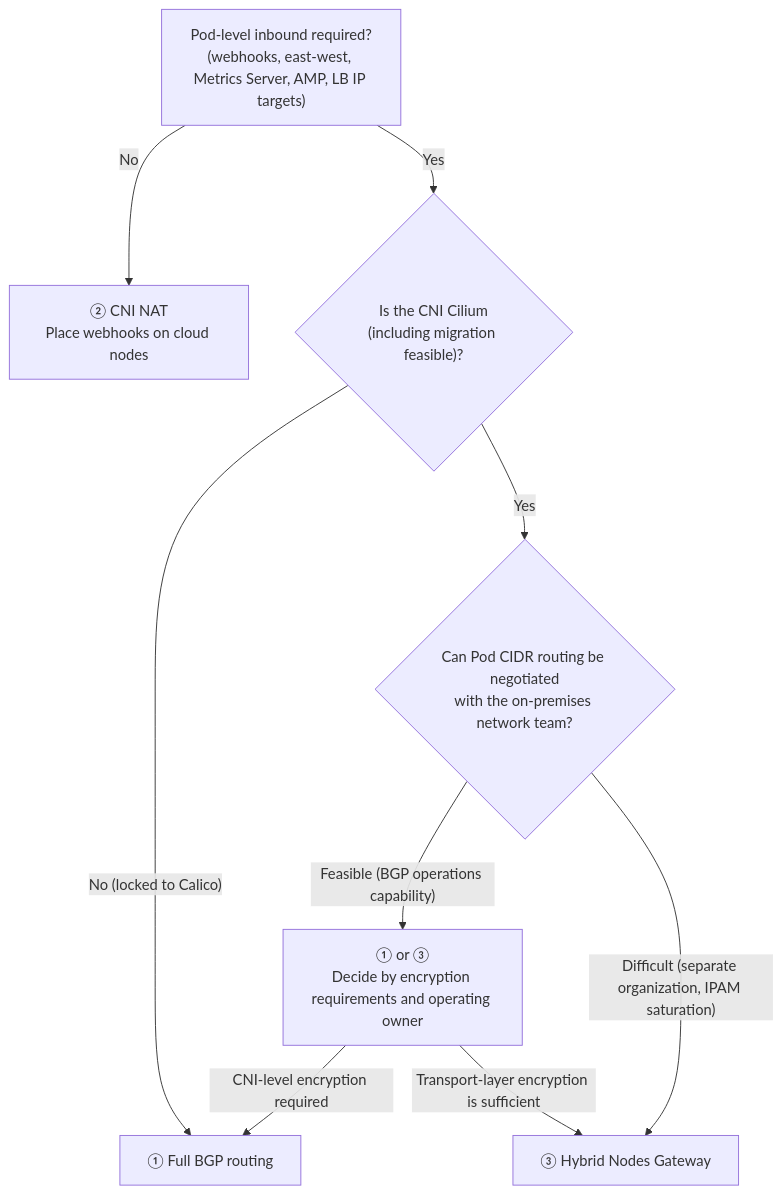
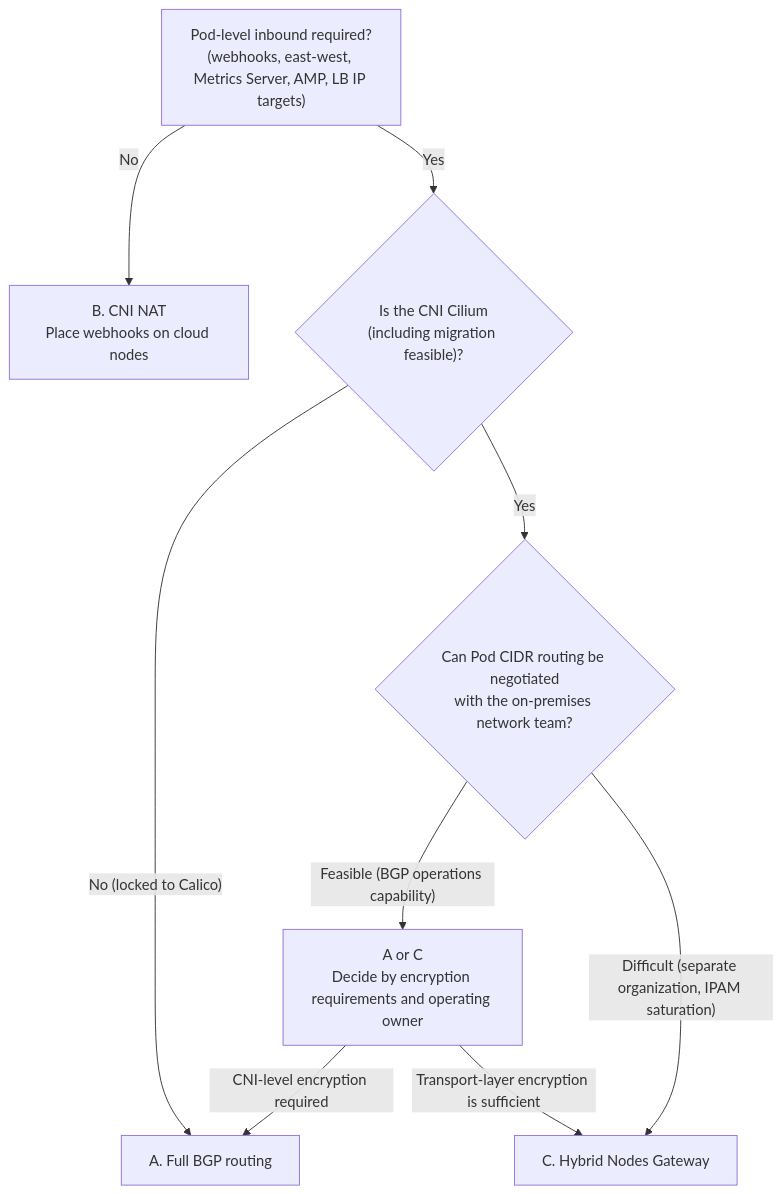
Before and after one commit to devfloor9/engineering-playbook: the second of 2 diagrams in i18n/en/docusaurus-plugin-content-docs/current/eks-hybrid-nodes/overview-architecture/architecture-decision-guide.md, drawn with Mermaid. The commit also changed other lines of this file and 7 other files, not shown here.

````diff
--- a/i18n/en/docusaurus-plugin-content-docs/current/eks-hybrid-nodes/overview-architecture/architecture-decision-guide.md
+++ b/i18n/en/docusaurus-plugin-content-docs/current/eks-hybrid-nodes/overview-architecture/architecture-decision-guide.md
@@ -54,12 +107,12 @@
 ```mermaid
 flowchart TD
     START["Pod-level inbound required?<br/>(webhooks, east-west, Metrics Server, AMP, LB IP targets)"]
-    START -- No --> OPT2["② CNI NAT<br/>Place webhooks on cloud nodes"]
+    START -- No --> OPTB["B. CNI NAT<br/>Place webhooks on cloud nodes"]
     START -- Yes --> CNI{"Is the CNI Cilium<br/>(including migration feasible)?"}
-    CNI -- "No (locked to Calico)" --> OPT1["① Full BGP routing"]
+    CNI -- "No (locked to Calico)" --> OPTA["A. Full BGP routing"]
     CNI -- Yes --> NET{"Can Pod CIDR routing be negotiated<br/>with the on-premises network team?"}
-    NET -- "Feasible (BGP operations capability)" --> BOTH["① or ③<br/>Decide by encryption requirements and operating owner"]
-    NET -- "Difficult (separate organization, IPAM saturation)" --> OPT3["③ Hybrid Nodes Gateway"]
-    BOTH -- "CNI-level encryption required" --> OPT1
-    BOTH -- "Transport-layer encryption is sufficient" --> OPT3
+    NET -- "Feasible (BGP operations capability)" --> BOTH["A or C<br/>Decide by encryption requirements and operating owner"]
+    NET -- "Difficult (separate organization, IPAM saturation)" --> OPTC["C. Hybrid Nodes Gateway"]
+    BOTH -- "CNI-level encryption required" --> OPTA
+    BOTH -- "Transport-layer encryption is sufficient" --> OPTC
 ```
````
